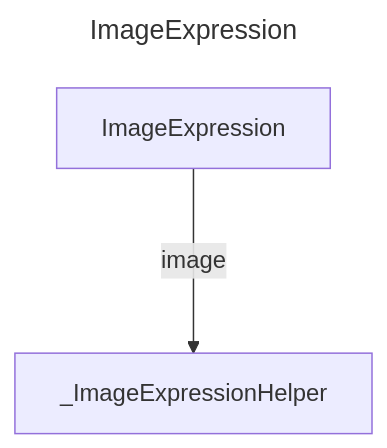
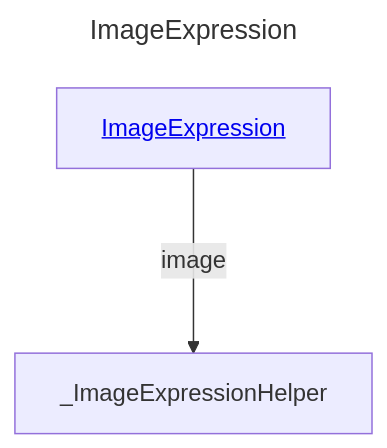
Before and after one commit to douglassimonsen/pbi_core: the diagram in docs/docs/layout/erd/ImageExpression.md, drawn with Mermaid. The commit also changed 76 other files, not shown here.

````diff
--- a/docs/docs/layout/erd/ImageExpression.md
+++ b/docs/docs/layout/erd/ImageExpression.md
@@ -1,9 +1,9 @@
 ```mermaid
 ---
 title: ImageExpression
 ---
 graph 
-2430071917312["_ImageExpressionHelper"]
-2430071919264["ImageExpression"]
-2430071919264 --->|image| 2430071917312
+ImageExpression[<a href='/layout/erd/ImageExpression'>ImageExpression</a>]
+_ImageExpressionHelper[_ImageExpressionHelper]
+ImageExpression --->|image| _ImageExpressionHelper
 ```
````
